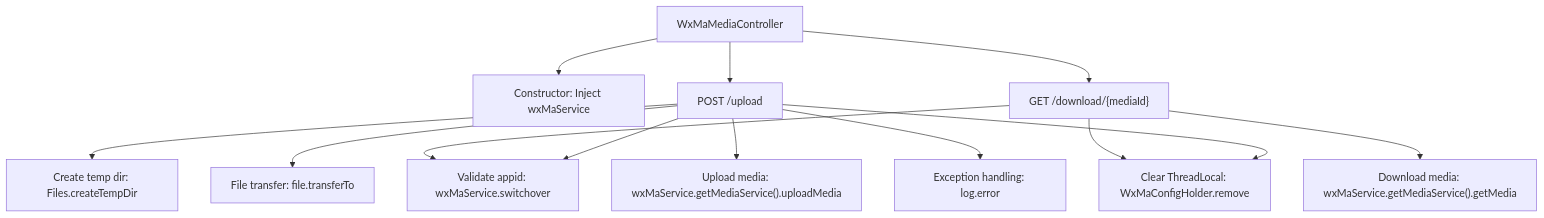
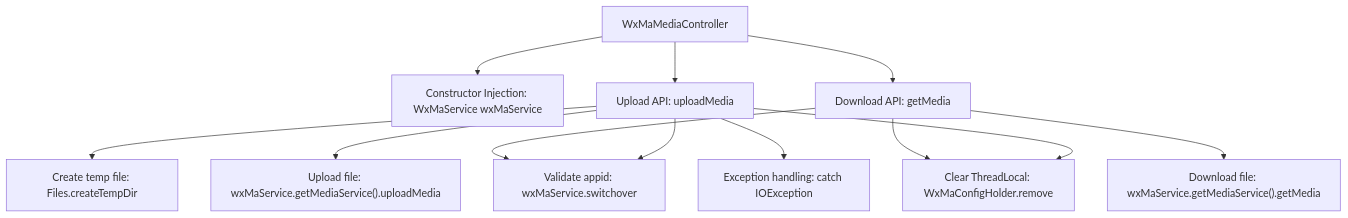
One commit to v-wjrong/binary_weixin-java-miniapp-demo changed the second of 3 diagrams in docs/en/docs/src/main/java/com/github/binarywang/demo/wx/miniapp/controller/WxMaMediaController.md. Above: the diagram before and after it, drawn with Mermaid. The commit also changed other lines of this file and 50 other files, not shown here.

````diff
--- a/docs/en/docs/src/main/java/com/github/binarywang/demo/wx/miniapp/controller/WxMaMediaController.md
+++ b/docs/en/docs/src/main/java/com/github/binarywang/demo/wx/miniapp/controller/WxMaMediaController.md
@@ -81,27 +81,25 @@
 ```mermaid
 graph TD
     A["WxMaMediaController"]
-    B["Constructor: Inject wxMaService"]
-    C["POST /upload"]
-    D["GET /download/{mediaId}"]
+    B["Constructor Injection: WxMaService wxMaService"]
+    C["Upload API: uploadMedia"]
+    D["Download API: getMedia"]
     E["Validate appid: wxMaService.switchover"]
-    F["Create temp dir: Files.createTempDir"]
-    G["File transfer: file.transferTo"]
-    H["Upload media: wxMaService.getMediaService().uploadMedia"]
+    F["Create temp file: Files.createTempDir"]
+    G["Upload file: wxMaService.getMediaService().uploadMedia"]
+    H["Download file: wxMaService.getMediaService().getMedia"]
     I["Clear ThreadLocal: WxMaConfigHolder.remove"]
-    J["Download media: wxMaService.getMediaService().getMedia"]
-    K["Exception handling: log.error"]
+    J["Exception handling: catch IOException"]
 
     A --> B
     A --> C
     A --> D
     C --> E
     C --> F
     C --> G
-    C --> H
     C --> I
-    C --> K
+    C --> J
     D --> E
-    D --> J
+    D --> H
     D --> I
 ```
````
